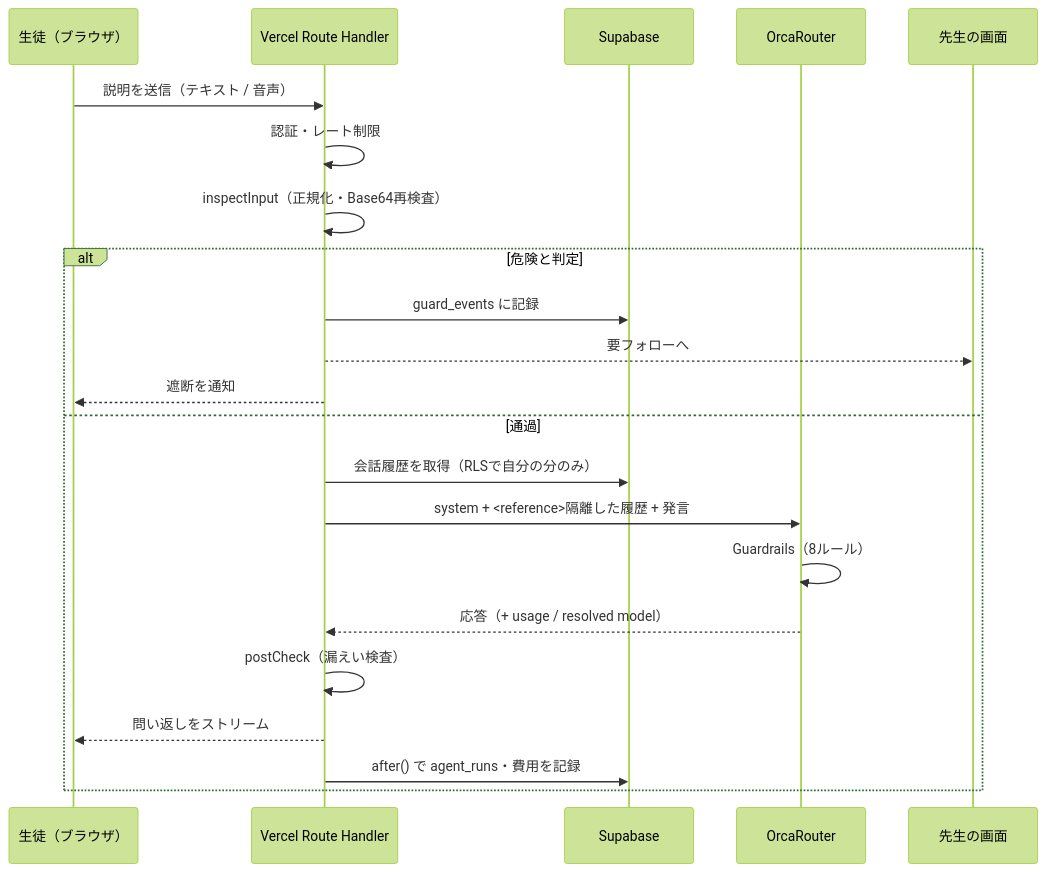
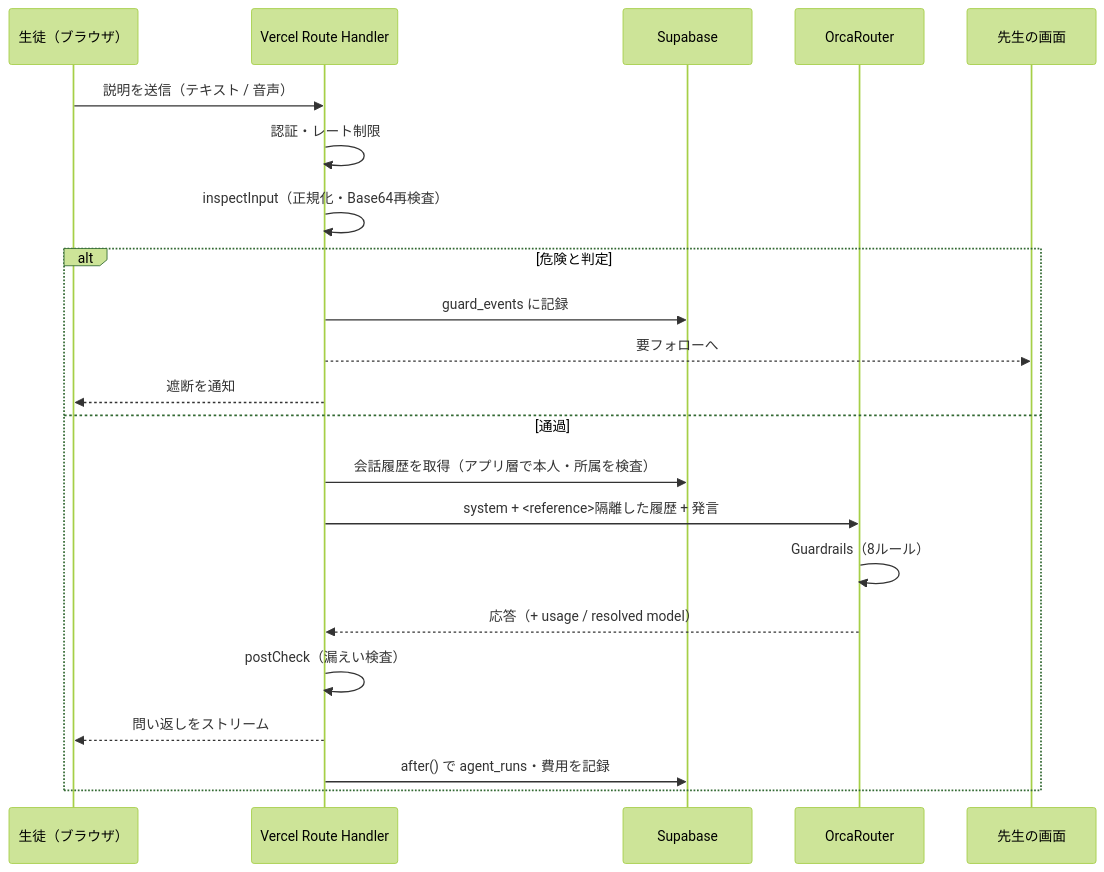
Before and after one commit to Ryuto42/toinowa: the second of 5 diagrams in docs/qiita-article.md, drawn with Mermaid (forest theme). The commit also changed other lines of this file and 6 other files, not shown here.

````diff
--- a/docs/qiita-article.md
+++ b/docs/qiita-article.md
@@ -198,26 +198,26 @@
 ```mermaid
 sequenceDiagram
     participant S as 生徒（ブラウザ）
     participant V as Vercel Route Handler
     participant D as Supabase
     participant O as OrcaRouter
     participant T as 先生の画面
 
     S->>V: 説明を送信（テキスト / 音声）
     V->>V: 認証・レート制限
     V->>V: inspectInput（正規化・Base64再検査）
 
     alt 危険と判定
         V->>D: guard_events に記録
         V-->>T: 要フォローへ
         V-->>S: 遮断を通知
     else 通過
-        V->>D: 会話履歴を取得（RLSで自分の分のみ）
+        V->>D: 会話履歴を取得（アプリ層で本人・所属を検査）
         V->>O: system + <reference>隔離した履歴 + 発言
         O->>O: Guardrails（8ルール）
         O-->>V: 応答（+ usage / resolved model）
         V->>V: postCheck（漏えい検査）
         V-->>S: 問い返しをストリーム
         V->>D: after() で agent_runs・費用を記録
     end
 ```
````
